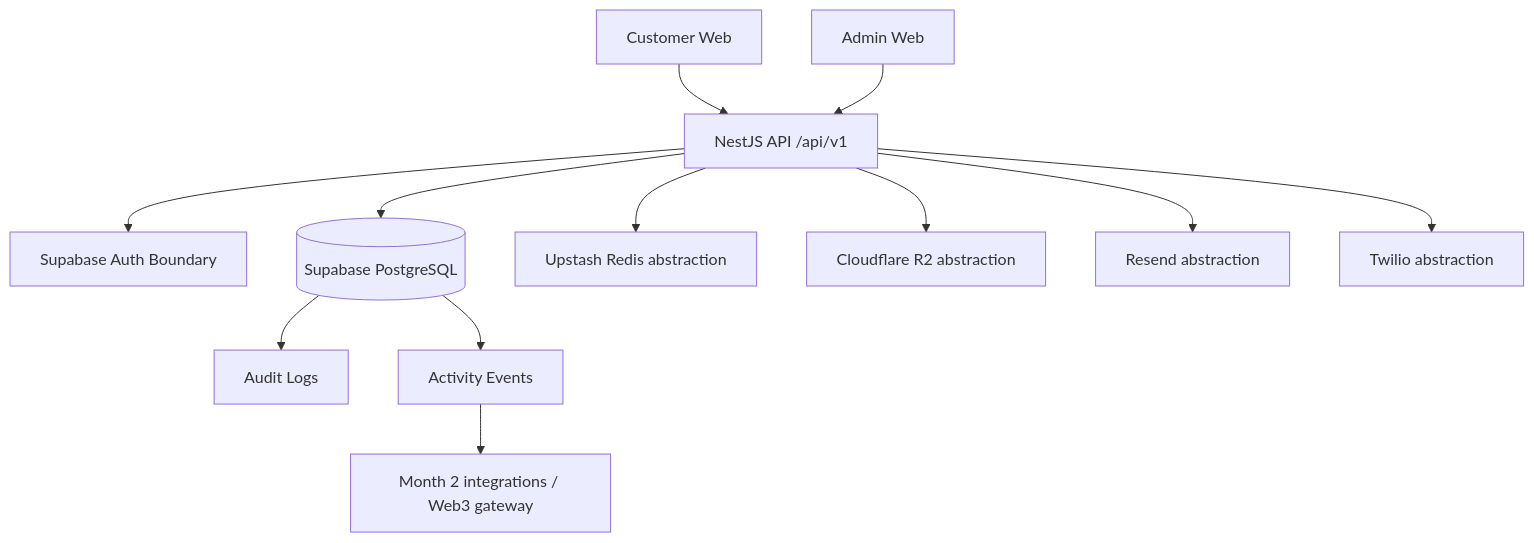
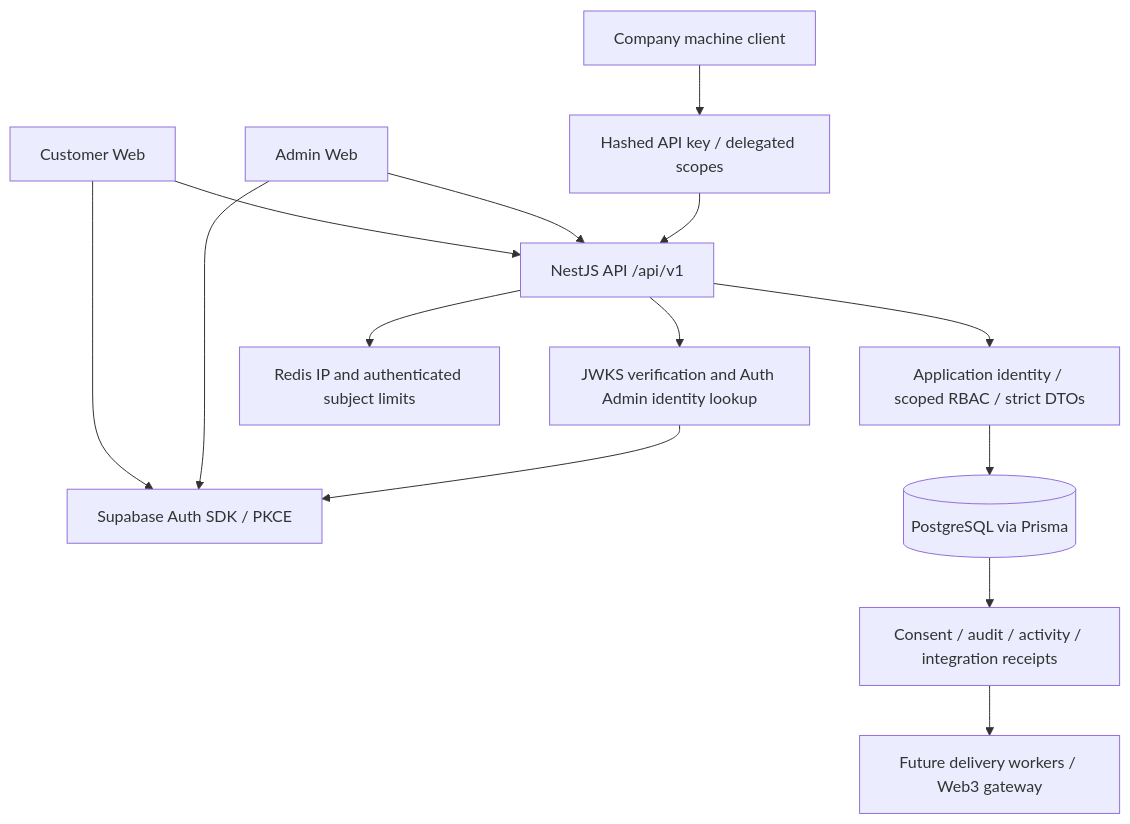
Before and after one commit to allencortez1000/RHC-web3: the diagram in docs/architecture/system-architecture.md, drawn with Mermaid. The commit also changed other lines of this file and 160 other files, not shown here.

Commit message:
feat: complete Month 1 integration and security hardening

````diff
--- a/docs/architecture/system-architecture.md
+++ b/docs/architecture/system-architecture.md
@@ -5,14 +5,16 @@
 ```mermaid
 flowchart TD
-  Customer[Customer Web] --> API[NestJS API /api/v1]
-  Admin[Admin Web] --> API
-  API --> Auth[Supabase Auth Boundary]
-  API --> DB[(Supabase PostgreSQL)]
-  API --> Redis[Upstash Redis abstraction]
-  API --> R2[Cloudflare R2 abstraction]
-  API --> Email[Resend abstraction]
-  API --> SMS[Twilio abstraction]
-  DB --> Audit[Audit Logs]
-  DB --> Events[Activity Events]
-  Events --> Future[Month 2 integrations / Web3 gateway]
+  Customer[Customer Web] --> Auth[Supabase Auth SDK / PKCE]
+  Admin[Admin Web] --> Auth
+  Customer --> API[NestJS API /api/v1]
+  Admin --> API
+  API --> Verify[JWKS verification and Auth Admin identity lookup]
+  Verify --> Auth
+  API --> RBAC[Application identity / scoped RBAC / strict DTOs]
+  RBAC --> DB[(PostgreSQL via Prisma)]
+  API --> Redis[Redis IP and authenticated subject limits]
+  Machine[Company machine client] --> Keys[Hashed API key / delegated scopes]
+  Keys --> API
+  DB --> Evidence[Consent / audit / activity / integration receipts]
+  Evidence --> Future[Future delivery workers / Web3 gateway]
 ```
````
